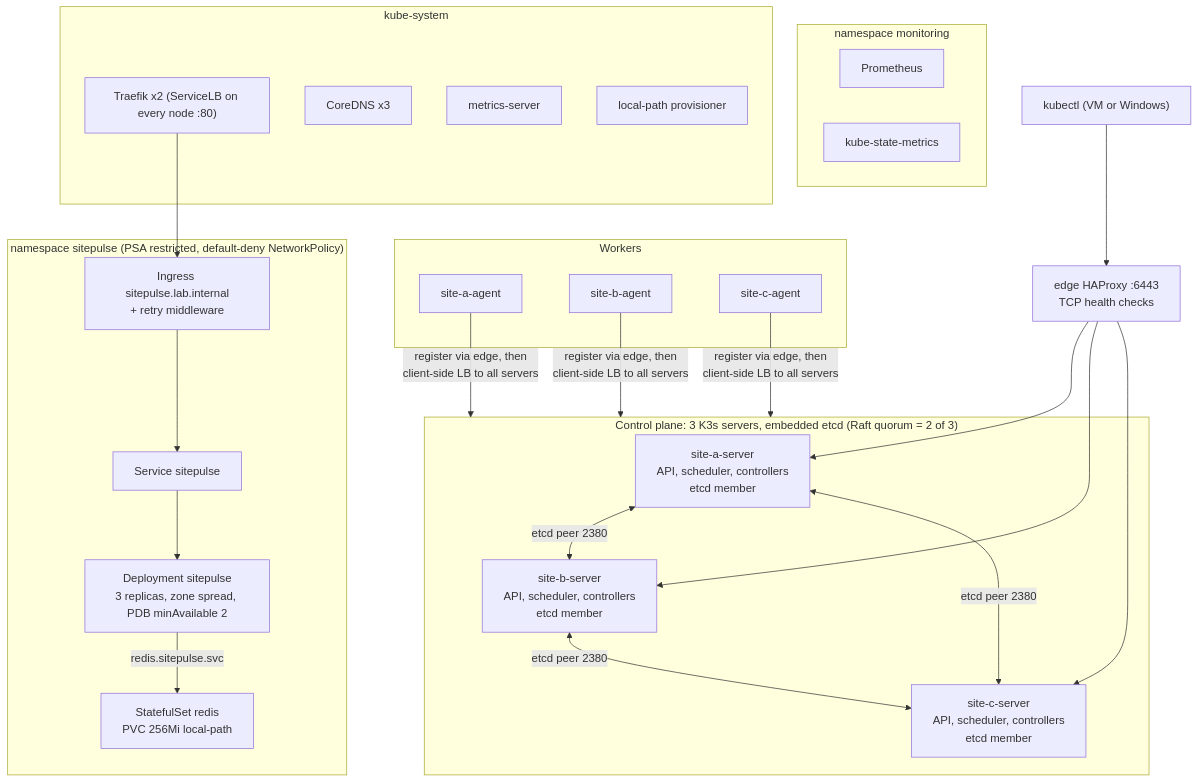
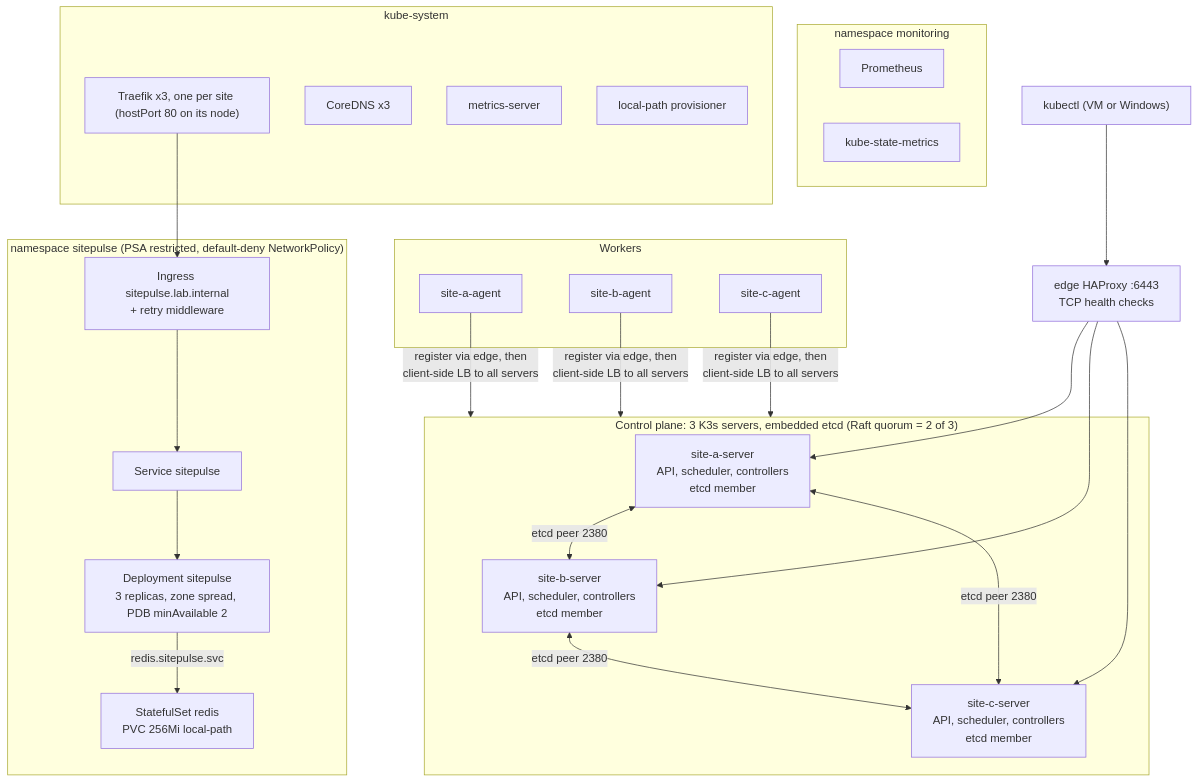
The diagram in diagrams/04-kubernetes-architecture.mmd (saad-h-hashmi/multi-site-ha-platform), drawn with Mermaid before and after one commit. The commit also changed 31 other files, not shown here.

```diff
--- a/diagrams/04-kubernetes-architecture.mmd
+++ b/diagrams/04-kubernetes-architecture.mmd
@@ -1,28 +1,28 @@
 %% Kubernetes architecture: HA control plane and workload placement
 flowchart TB
   subgraph CP["Control plane: 3 K3s servers, embedded etcd (Raft quorum = 2 of 3)"]
     SA["site-a-server<br/>API, scheduler, controllers<br/>etcd member"]
     SB["site-b-server<br/>API, scheduler, controllers<br/>etcd member"]
     SC["site-c-server<br/>API, scheduler, controllers<br/>etcd member"]
     SA <-->|"etcd peer 2380"| SB <-->|"etcd peer 2380"| SC <-->|"etcd peer 2380"| SA
   end
   LB["edge HAProxy :6443<br/>TCP health checks"] --> SA & SB & SC
   KC["kubectl (VM or Windows)"] --> LB
   subgraph W["Workers"]
     AA["site-a-agent"]; AB["site-b-agent"]; AC["site-c-agent"]
   end
   AA & AB & AC -->|"register via edge, then<br/>client-side LB to all servers"| CP
   subgraph NS1["namespace sitepulse (PSA restricted, default-deny NetworkPolicy)"]
     D["Deployment sitepulse<br/>3 replicas, zone spread, PDB minAvailable 2"]
     SVC["Service sitepulse"] --> D
     ING["Ingress sitepulse.lab.internal<br/>+ retry middleware"] --> SVC
     RS["StatefulSet redis<br/>PVC 256Mi local-path"]
     D -->|"redis.sitepulse.svc"| RS
   end
   subgraph NS2["namespace monitoring"]
     P["Prometheus"] ; KSM["kube-state-metrics"]
   end
   subgraph KS["kube-system"]
-    T["Traefik x2 (ServiceLB on every node :80)"]; DNSK["CoreDNS x3"]; MS["metrics-server"]; LP["local-path provisioner"]
+    T["Traefik x3, one per site (hostPort 80 on its node)"]; DNSK["CoreDNS x3"]; MS["metrics-server"]; LP["local-path provisioner"]
   end
   T --> ING
```
